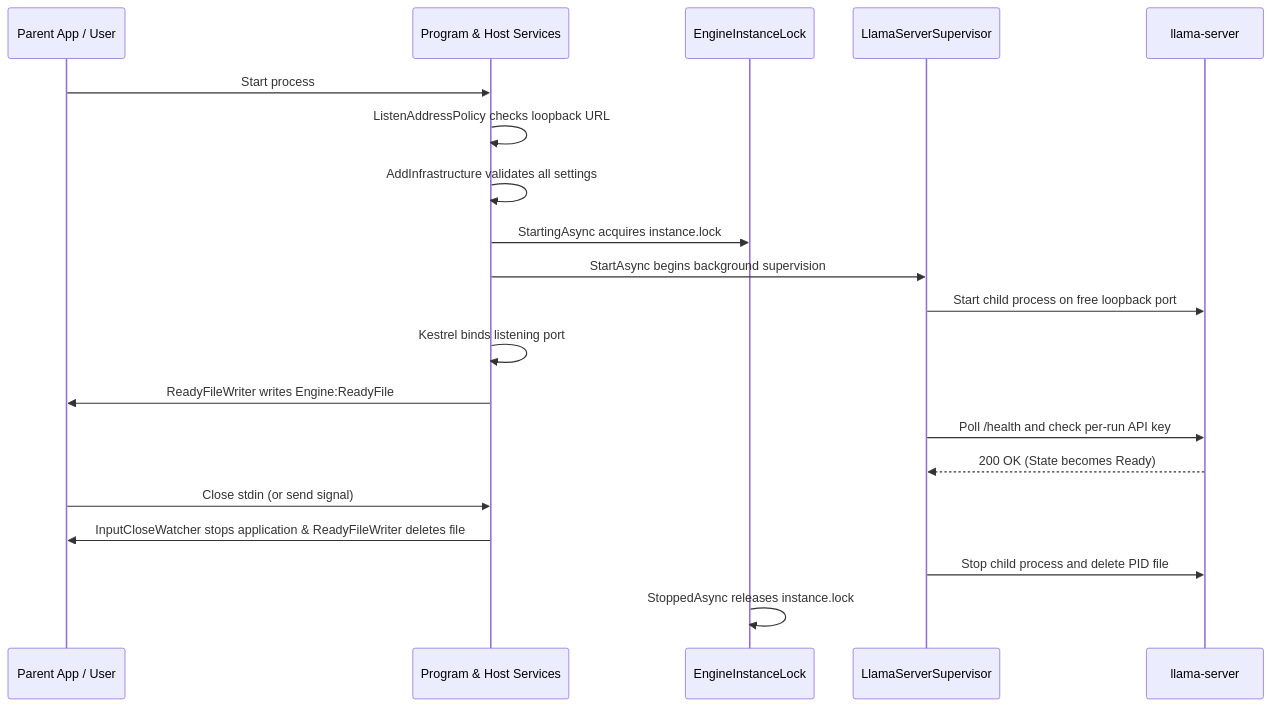
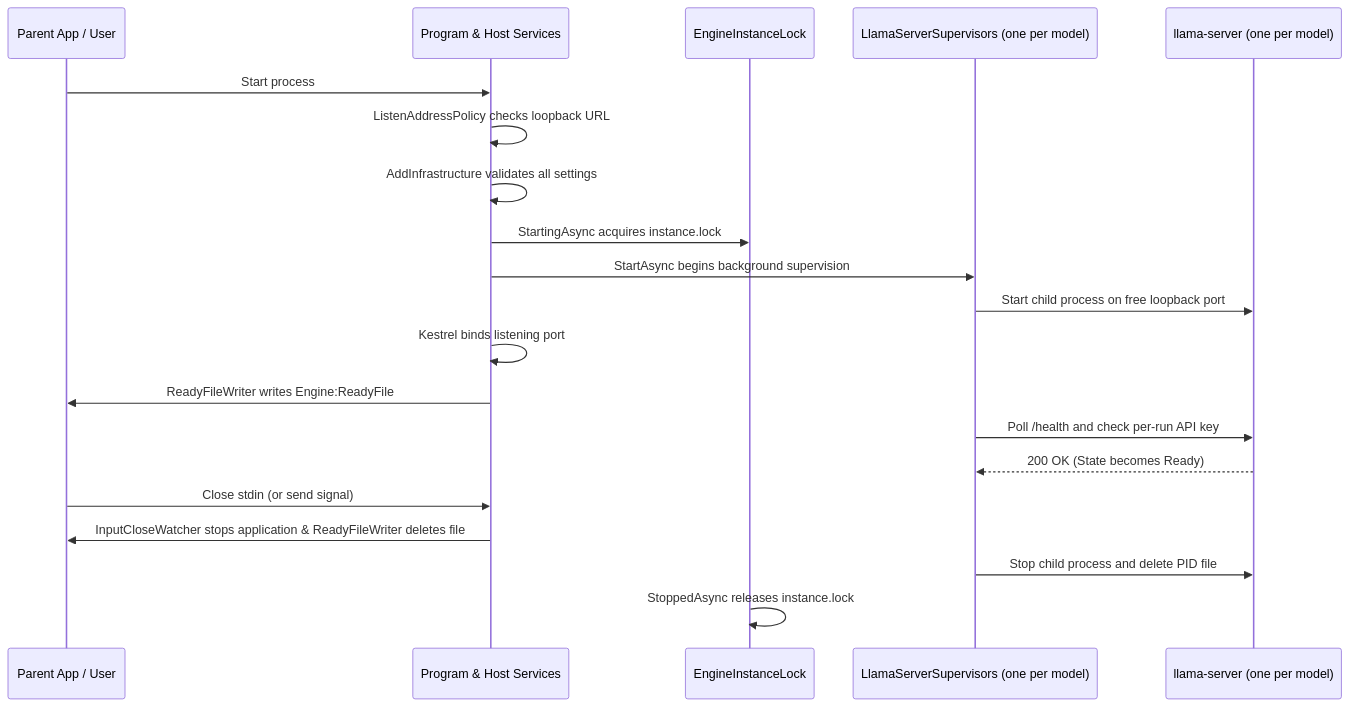
One commit to xatcap/xat-llm-engine changed the fifth of 9 diagrams in docs/architecture.md. Above: the diagram before and after it, drawn with Mermaid. The commit also changed other lines of this file and 77 other files, not shown here.

````diff
--- a/docs/architecture.md
+++ b/docs/architecture.md
@@ -171,23 +175,23 @@
 ```mermaid
 sequenceDiagram
     participant Parent as Parent App / User
     participant Host as Program & Host Services
     participant Lock as EngineInstanceLock
-    participant Sup as LlamaServerSupervisor
-    participant Llama as llama-server
+    participant Sup as LlamaServerSupervisors (one per model)
+    participant Llama as llama-server (one per model)
 
     Parent->>Host: Start process
     Host->>Host: ListenAddressPolicy checks loopback URL
     Host->>Host: AddInfrastructure validates all settings
     Host->>Lock: StartingAsync acquires instance.lock
     Host->>Sup: StartAsync begins background supervision
     Sup->>Llama: Start child process on free loopback port
     Host->>Host: Kestrel binds listening port
     Host->>Parent: ReadyFileWriter writes Engine:ReadyFile
     Sup->>Llama: Poll /health and check per-run API key
     Llama-->>Sup: 200 OK (State becomes Ready)
     Parent->>Host: Close stdin (or send signal)
     Host->>Parent: InputCloseWatcher stops application & ReadyFileWriter deletes file
     Sup->>Llama: Stop child process and delete PID file
     Lock->>Lock: StoppedAsync releases instance.lock
 ```
````
